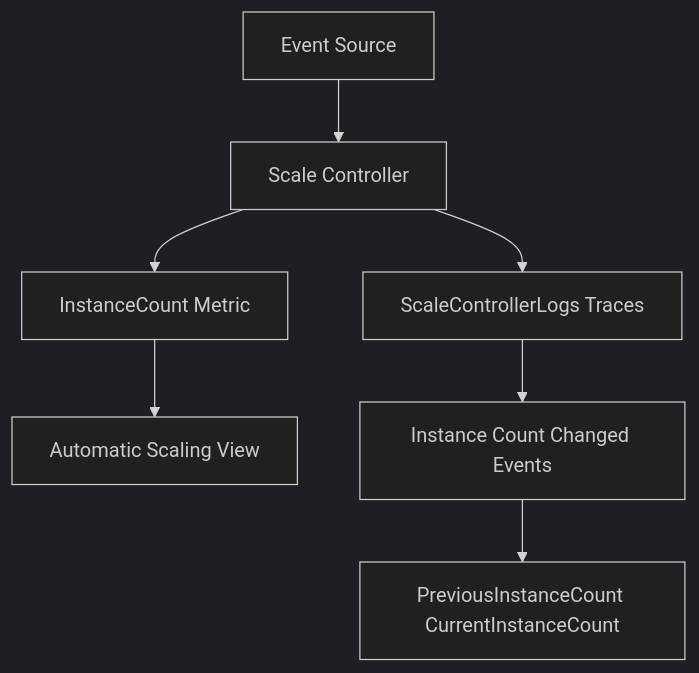
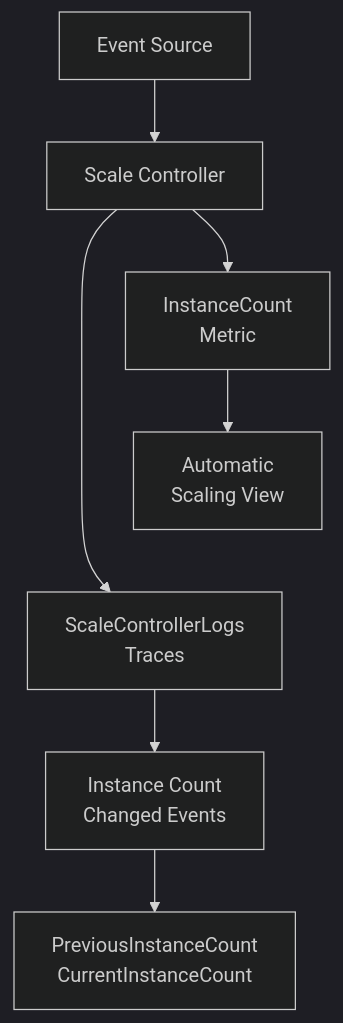
The diagram in docs/reference/metrics/scaling-and-instances.md (yeongseon/azure-functions-practical-guide), drawn with Mermaid (dark theme) before and after one commit. The commit also changed other lines of this file and 1 other file, not shown here.

First line of the commit message:
docs(diagrams): clarify plan-scoped scaling signal reference (#557)

````diff
--- a/docs/reference/metrics/scaling-and-instances.md
+++ b/docs/reference/metrics/scaling-and-instances.md
@@ -26,9 +31,13 @@
 ```mermaid
 flowchart TD
-    A[Event Source] --> B[Scale Controller]
-    B --> C[InstanceCount Metric]
-    B --> D[ScaleControllerLogs Traces]
-    C --> E[Automatic Scaling View]
-    D --> F[Instance Count Changed Events]
-    F --> G[PreviousInstanceCount CurrentInstanceCount]
+    accTitle: Plan-scoped scaling metric and log reference
+    accDescr: Event Source and Scale Controller lead to two reference branches: InstanceCount and its automatic scaling view, or configured ScaleControllerLogs traces and instance-count-change fields. InstanceCount is scoped to Flex here; the log branch requires supported preview logging and collection. Arrows are topic associations, not event delivery or proof that both signals exist on every plan. See the adjacent plan key.
+    A["Event Source"] --> B["Scale Controller"]
+    B --> C["InstanceCount<br/>Metric"]
+    B --> D["ScaleControllerLogs<br/>Traces"]
+    C --> E["Automatic<br/>Scaling View"]
+    D --> F["Instance Count<br/>Changed Events"]
+    F --> G["PreviousInstanceCount<br/>CurrentInstanceCount"]
+    %% Layout-only link tiers signal views; it adds no scaling step or signal path.
+    E ~~~ D
 ```
````
